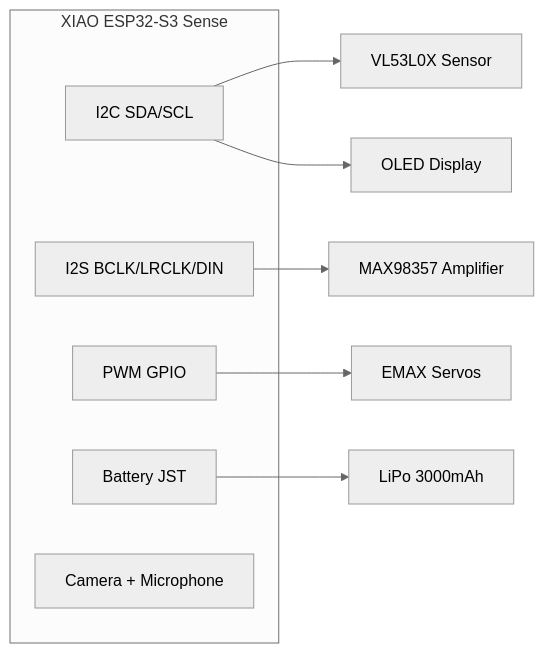
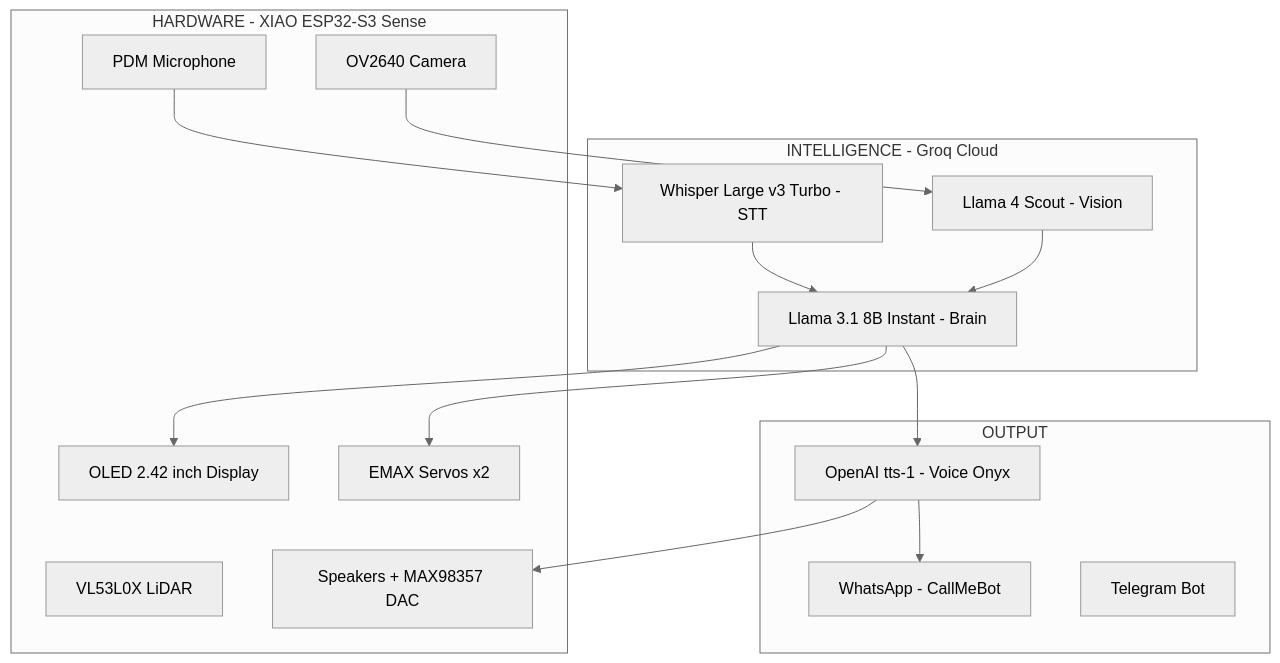
The first of 3 diagrams in README.md (zabbix-byte/real-tars), drawn with Mermaid (neutral theme) before and after one commit. The commit also changed other lines of this file and 4 other files, not shown here.

Commit message:
Refactor README.md: Streamline project overview, architecture, and component details; enhance clarity and organization; update cost estimates and add phase documentation.

````diff
--- a/README.md
+++ b/README.md
@@ -271,16 +10,33 @@
 ```mermaid
-graph LR
-    subgraph ESP["XIAO ESP32-S3 Sense"]
-        I2C["I2C SDA/SCL"]
-        I2S["I2S BCLK/LRCLK/DIN"]
-        PWM["PWM GPIO"]
-        BAT["Battery JST"]
-        CAM["Camera + Microphone"]
+graph TB
+    subgraph HW["HARDWARE - XIAO ESP32-S3 Sense"]
+        MIC["PDM Microphone"]
+        CAM["OV2640 Camera"]
+        LIDAR["VL53L0X LiDAR"]
+        OLED["OLED 2.42 inch Display"]
+        SERVOS["EMAX Servos x2"]
+        SPK["Speakers + MAX98357 DAC"]
     end
 
-    I2C --> VL["VL53L0X Sensor"]
-    I2C --> OLED["OLED Display"]
-    I2S --> AMP["MAX98357 Amplifier"]
-    PWM --> S1["EMAX Servos"]
-    BAT --> LIPO["LiPo 3000mAh"]
+    subgraph AI["INTELLIGENCE - Groq Cloud"]
+        STT["Whisper Large v3 Turbo - STT"]
+        LLM["Llama 3.1 8B Instant - Brain"]
+        VIS["Llama 4 Scout - Vision"]
+    end
+
+    subgraph OUT["OUTPUT"]
+        TTS["OpenAI tts-1 - Voice Onyx"]
+        WA["WhatsApp - CallMeBot"]
+        TG["Telegram Bot"]
+    end
+
+    MIC --> STT
+    CAM --> VIS
+    STT --> LLM
+    VIS --> LLM
+    LLM --> TTS
+    TTS --> SPK
+    TTS --> WA
+    LLM --> OLED
+    LLM --> SERVOS
 ```
````
